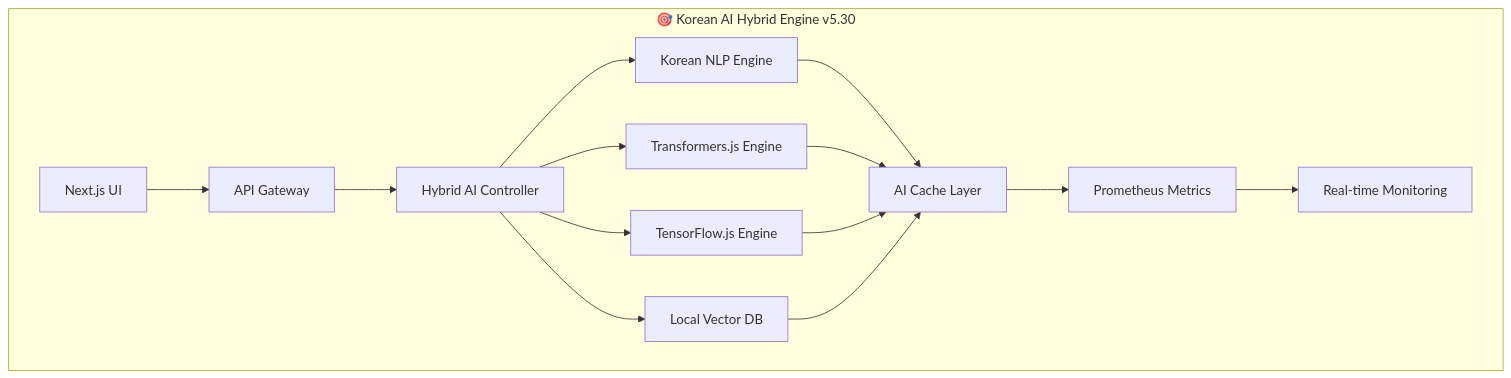
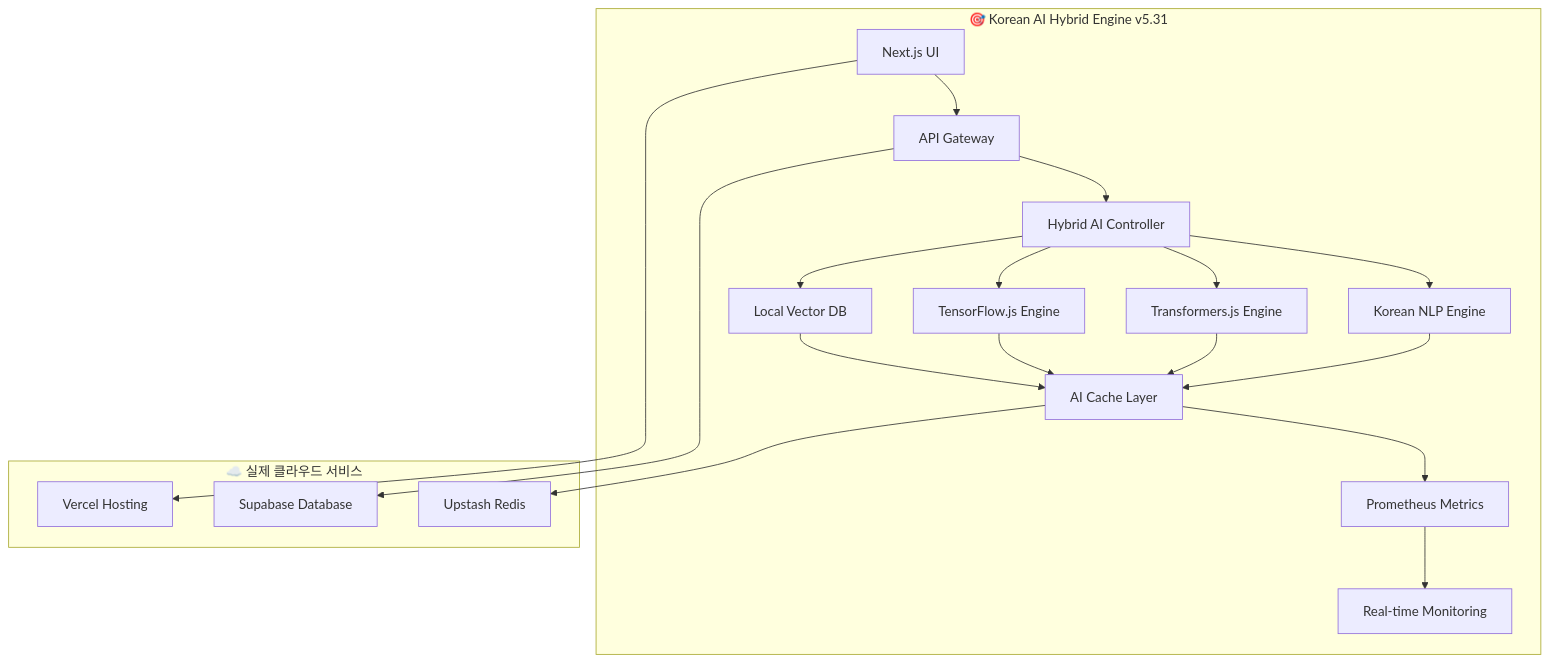
Before and after one commit to skyasu2/openmanager-vibe-v5: the diagram in README.md, drawn with Mermaid. The commit also changed other lines of this file and 5 other files, not shown here.

Commit message:
⚠️ v5.31.0: 더미 데이터 완전 제거 - 실제 환경변수 필수 요구, Supabase+Redis 계정 필수, 더미 모드 모두 삭제, 프로덕션 전용 시스템

````diff
--- a/README.md
+++ b/README.md
@@ -27,20 +64,30 @@
 ```mermaid
 graph TB
-    subgraph "🎯 Korean AI Hybrid Engine v5.30"
+    subgraph "🎯 Korean AI Hybrid Engine v5.31"
         UI["Next.js UI"] --> Gateway["API Gateway"]
         Gateway --> Hybrid["Hybrid AI Controller"]
         
         Hybrid --> Korean["Korean NLP Engine"]
         Hybrid --> TF["Transformers.js Engine"]
         Hybrid --> Tensor["TensorFlow.js Engine"]
         Hybrid --> Vector["Local Vector DB"]
         
         Korean --> Cache["AI Cache Layer"]
         TF --> Cache
         Tensor --> Cache
         Vector --> Cache
         
         Cache --> Metrics["Prometheus Metrics"]
         Metrics --> Monitor["Real-time Monitoring"]
     end
+    
+    subgraph "☁️ 실제 클라우드 서비스"
+        Supabase["Supabase Database"]
+        Redis["Upstash Redis"]
+        Vercel["Vercel Hosting"]
+    end
+    
+    Gateway --> Supabase
+    Cache --> Redis
+    UI --> Vercel
 ```
````
